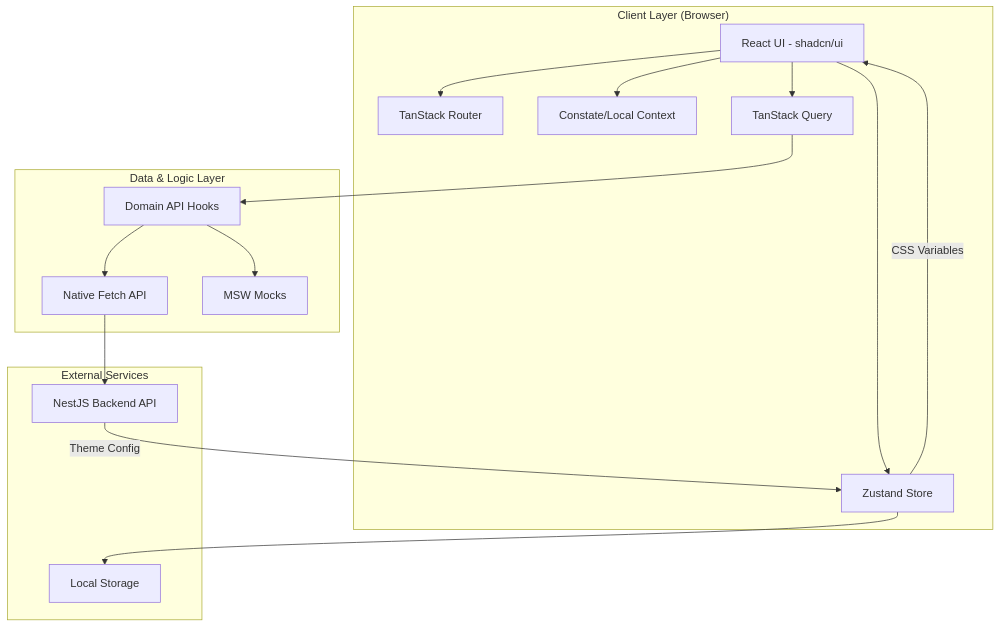
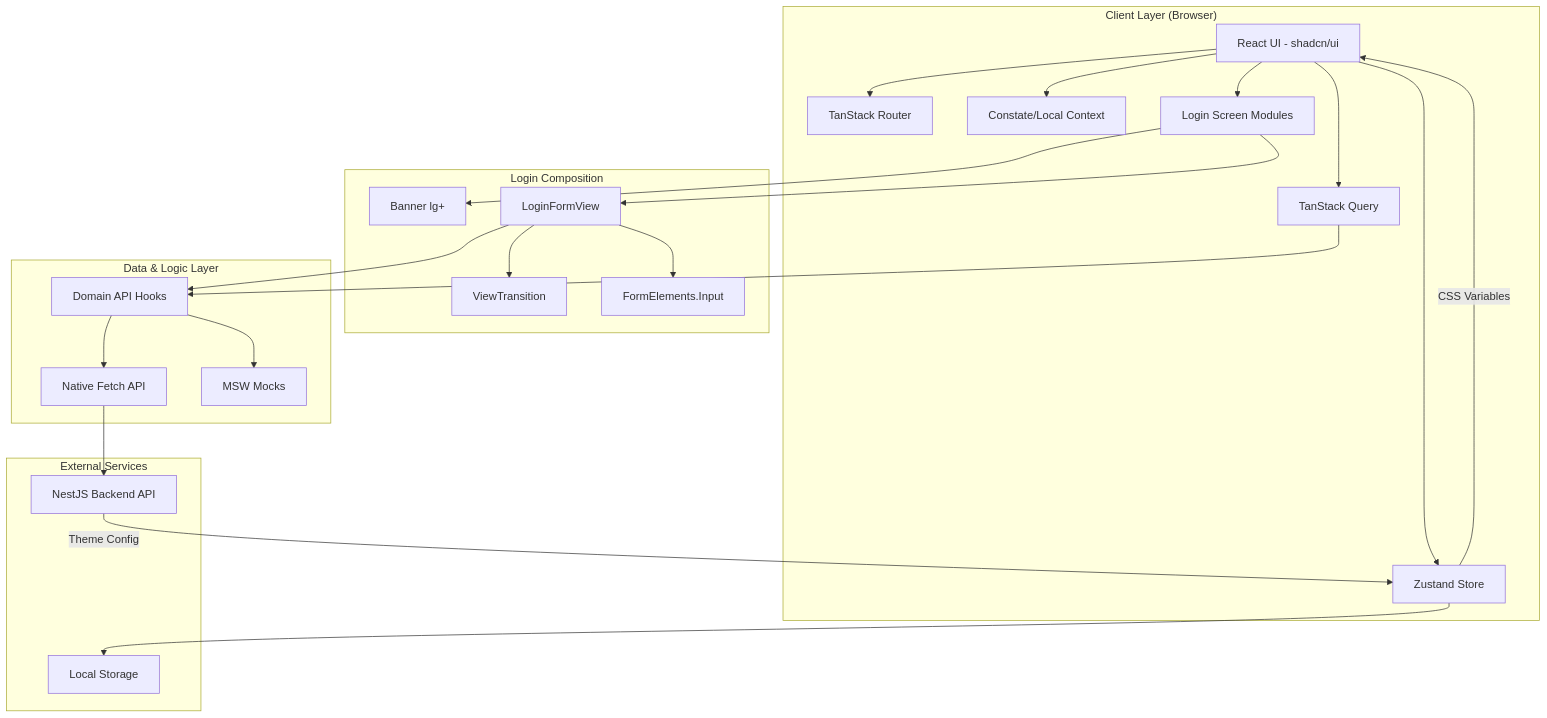
Before and after one commit to rimancete/style-sync: the diagram in docs/frontend/architecture.mermaid, drawn with Mermaid. The commit also changed 41 other files, not shown here.

First line of the commit message:
refactor(ui): decompose login screen into modular components

```diff
--- a/docs/frontend/architecture.mermaid
+++ b/docs/frontend/architecture.mermaid
@@ -1,38 +1,53 @@
 graph TD
     subgraph "Client Layer (Browser)"
         UI[React UI - shadcn/ui]
         Router[TanStack Router]
         Store[Zustand Store]
         Context[Constate/Local Context]
         Query[TanStack Query]
+        Login[Login Screen Modules]
+    end
+
+    subgraph "Login Composition"
+        Banner[Banner lg+]
+        FormView[LoginFormView]
+        ViewTransition[ViewTransition]
+        FormElements[FormElements.Input]
     end
 
     subgraph "Data & Logic Layer"
         API[Domain API Hooks]
         Fetch[Native Fetch API]
         Mocks[MSW Mocks]
     end
 
     subgraph "External Services"
         Backend[NestJS Backend API]
         Storage[Local Storage]
     end
 
     %% UI interactions
     UI --> Router
     UI --> Store
     UI --> Context
     UI --> Query
+    UI --> Login
+
+    Login --> Banner
+    Login --> FormView
+    FormView --> ViewTransition
+    FormView --> FormElements
 
     %% Data flow
     Query --> API
     API --> Fetch
     API --> Mocks
+    FormView --> API
 
     %% External communication
     Fetch --> Backend
     Store --> Storage
     
     %% Multi-tenant config
     Backend -->|Theme Config| Store
     Store -->|CSS Variables| UI
```
